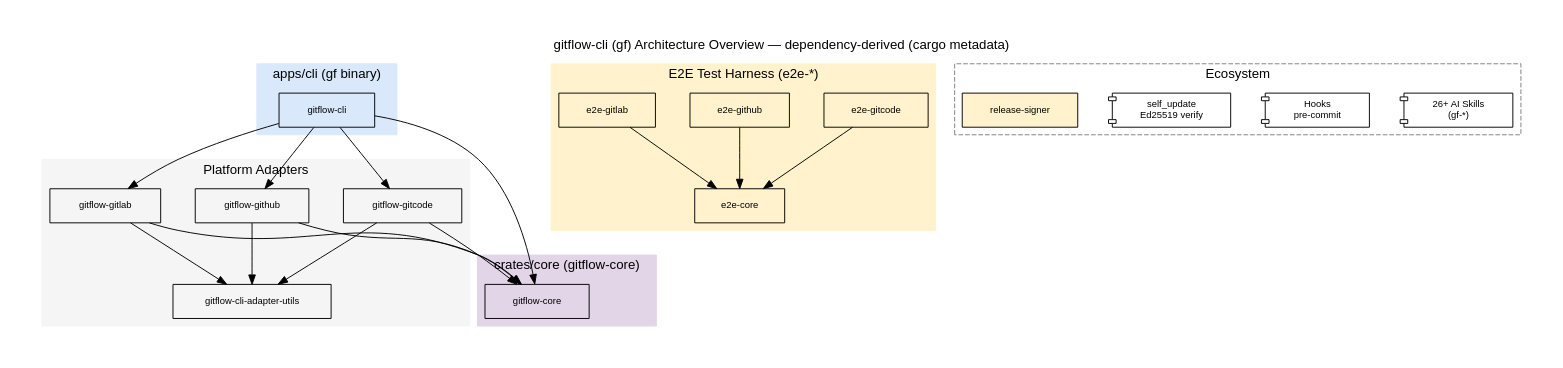
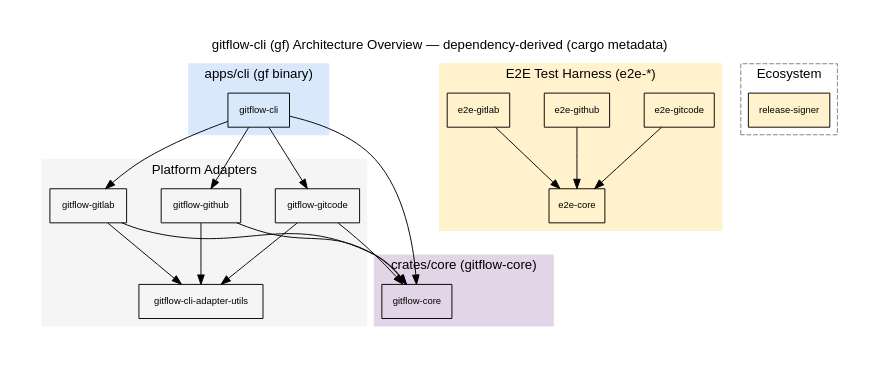
Before and after one commit to byx-darwin/gitflow-cli: the diagram in docs/architecture-diagram.dot, drawn with Graphviz. The commit also changed 5 other files, not shown here.

```diff
--- a/docs/architecture-diagram.dot
+++ b/docs/architecture-diagram.dot
@@ -1,76 +1,73 @@
 digraph gitflow_architecture {
     rankdir=TB;
     fontname="Helvetica";
-    node [fontname="Helvetica", fontsize=10, shape=box, margin="0.36,0.10"];
+    node [fontname="Helvetica", fontsize=10, shape=box];
     edge [fontname="Helvetica", fontsize=8];
     label="gitflow-cli (gf) Architecture Overview — dependency-derived (cargo metadata)";
     labelloc=t;
     fontsize=14;
     nodesep=0.5;
     ranksep=0.9;
     pad=0.4;
 
     // ── CLI Layer ──
     subgraph cluster_cli {
         label="apps/cli (gf binary)";
         style=filled;
         color="#dae8fc";
         "gitflow-cli" [fillcolor="#dae8fc", style=filled];
     }
 
     // ── Core Layer ──
     subgraph cluster_core {
         label="crates/core (gitflow-core)";
         style=filled;
         color="#e1d5e7";
         "gitflow-core" [fillcolor="#e1d5e7", style=filled];
     }
 
     // ── Adapter Layer ──
     subgraph cluster_adapters {
         label="Platform Adapters";
         style=filled;
         color="#f5f5f5";
         "gitflow-github" [fillcolor="#f5f5f5", style=filled];
         "gitflow-gitlab" [fillcolor="#f5f5f5", style=filled];
         "gitflow-gitcode" [fillcolor="#f5f5f5", style=filled];
         "gitflow-cli-adapter-utils" [fillcolor="#f5f5f5", style=filled];
     }
 
     // ── E2E Test Harness ──
     subgraph cluster_e2e {
         label="E2E Test Harness (e2e-*)";
         style=filled;
         color="#fff2cc";
         "e2e-core" [fillcolor="#fff2cc", style=filled];
         "e2e-github" [fillcolor="#fff2cc", style=filled];
         "e2e-gitlab" [fillcolor="#fff2cc", style=filled];
         "e2e-gitcode" [fillcolor="#fff2cc", style=filled];
     }
 
     // ── Ecosystem ──
     subgraph cluster_ecosystem {
         label="Ecosystem";
         style=dashed;
         color=gray;
-        skills [label="26+ AI Skills\n(gf-*)", shape=component];
-        hooks [label="Hooks\npre-commit", shape=component];
-        self_update [label="self_update\nEd25519 verify", shape=component];
         "release-signer" [shape=box, fillcolor="#fff2cc", style=filled];
     }
 
     // ── Real dependency edges (cargo metadata --no-deps) ──
     "gitflow-cli" -> "gitflow-core";
     "gitflow-cli" -> "gitflow-gitcode";
     "gitflow-cli" -> "gitflow-github";
     "gitflow-cli" -> "gitflow-gitlab";
     "gitflow-gitcode" -> "gitflow-cli-adapter-utils";
     "gitflow-gitcode" -> "gitflow-core";
     "gitflow-github" -> "gitflow-cli-adapter-utils";
     "gitflow-github" -> "gitflow-core";
     "gitflow-gitlab" -> "gitflow-cli-adapter-utils";
     "gitflow-gitlab" -> "gitflow-core";
     "e2e-gitcode" -> "e2e-core";
     "e2e-github" -> "e2e-core";
     "e2e-gitlab" -> "e2e-core";
 }
```
